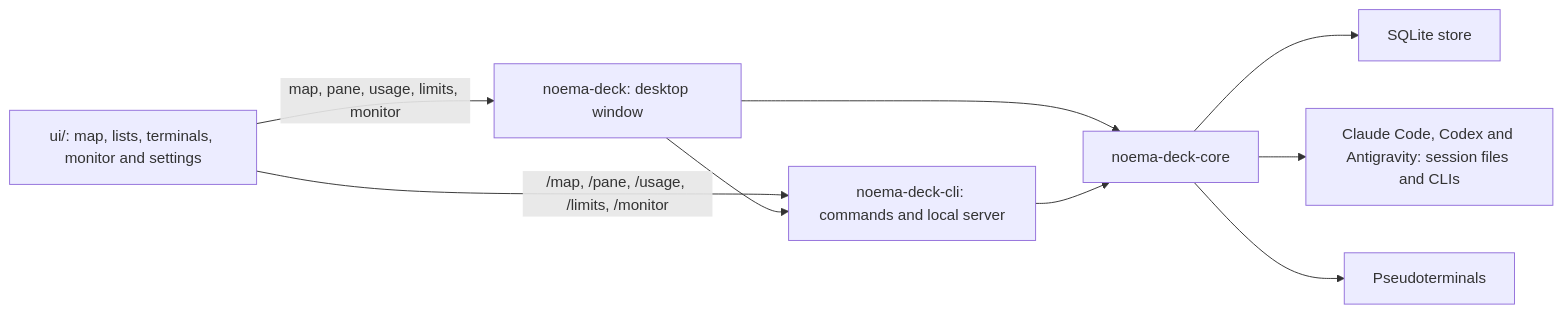
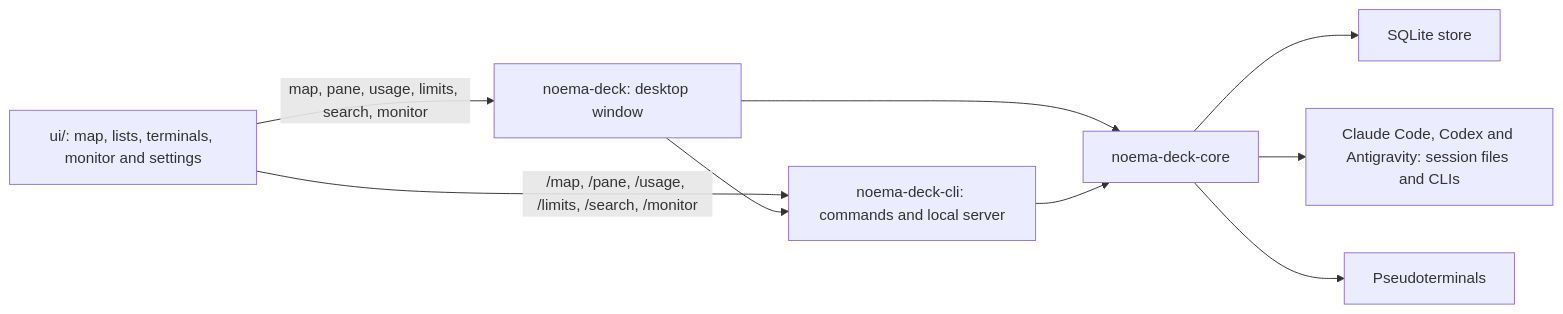
Before and after one commit to noema-kit/noema-deck: the first of 2 diagrams in docs/architecture.md, drawn with Mermaid. The commit also changed other lines of this file and 27 other files, not shown here.

````diff
--- a/docs/architecture.md
+++ b/docs/architecture.md
@@ -7,11 +7,11 @@
 ```mermaid
 flowchart LR
-    UI["ui/: map, lists, terminals, monitor and settings"] -->|map, pane, usage, limits, monitor| APP["noema-deck: desktop window"]
-    UI -->|/map, /pane, /usage, /limits, /monitor| CLI["noema-deck-cli: commands and local server"]
+    UI["ui/: map, lists, terminals, monitor and settings"] -->|map, pane, usage, limits, search, monitor| APP["noema-deck: desktop window"]
+    UI -->|/map, /pane, /usage, /limits, /search, /monitor| CLI["noema-deck-cli: commands and local server"]
     APP --> CLI
     APP --> CORE["noema-deck-core"]
     CLI --> CORE
     CORE --> S["SQLite store"]
     CORE --> A["Claude Code, Codex and Antigravity: session files and CLIs"]
     CORE --> T["Pseudoterminals"]
 ```
````
